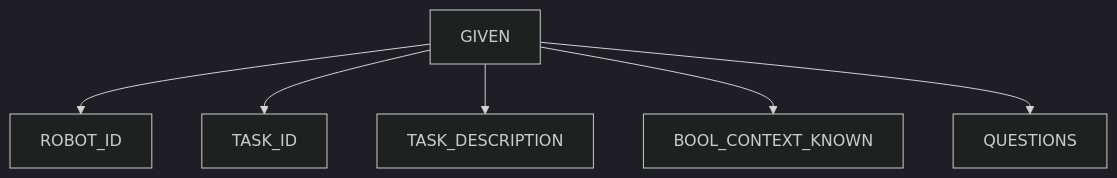
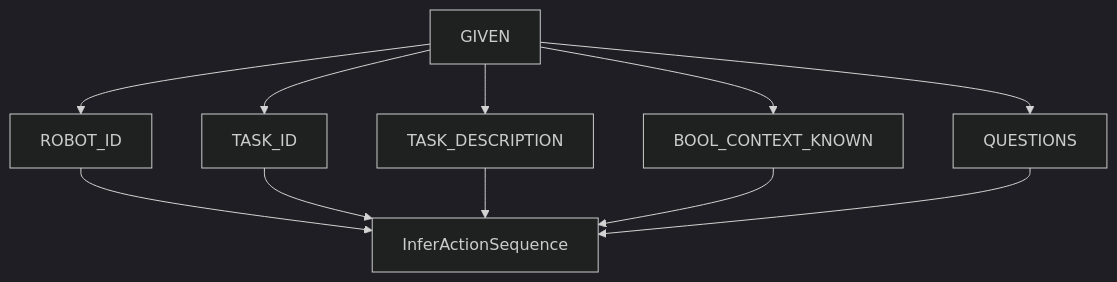
The diagram in docs/1_Middleware/2_Planning/readme.md (5G-ERA/middleware), drawn with Mermaid (dark theme) before and after one commit.

````diff
--- a/docs/1_Middleware/2_Planning/readme.md
+++ b/docs/1_Middleware/2_Planning/readme.md
@@ -33,8 +33,16 @@
 ```mermaid
 graph TD;
   GIVEN-->ROBOT_ID
   GIVEN-->TASK_ID
   GIVEN-->TASK_DESCRIPTION
   GIVEN-->BOOL_CONTEXT_KNOWN
   GIVEN-->QUESTIONS
+  ROBOT_ID-->InferActionSequence
+  TASK_ID-->InferActionSequence
+  TASK_DESCRIPTION-->InferActionSequence
+  BOOL_CONTEXT_KNOWN-->InferActionSequence
+  QUESTIONS-->InferActionSequence
+  
+ 
+  
 ```
````
